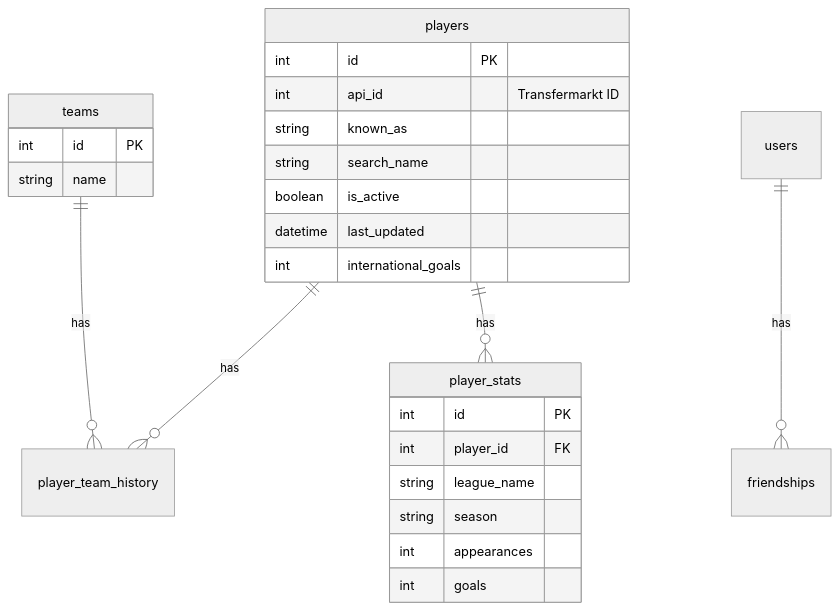
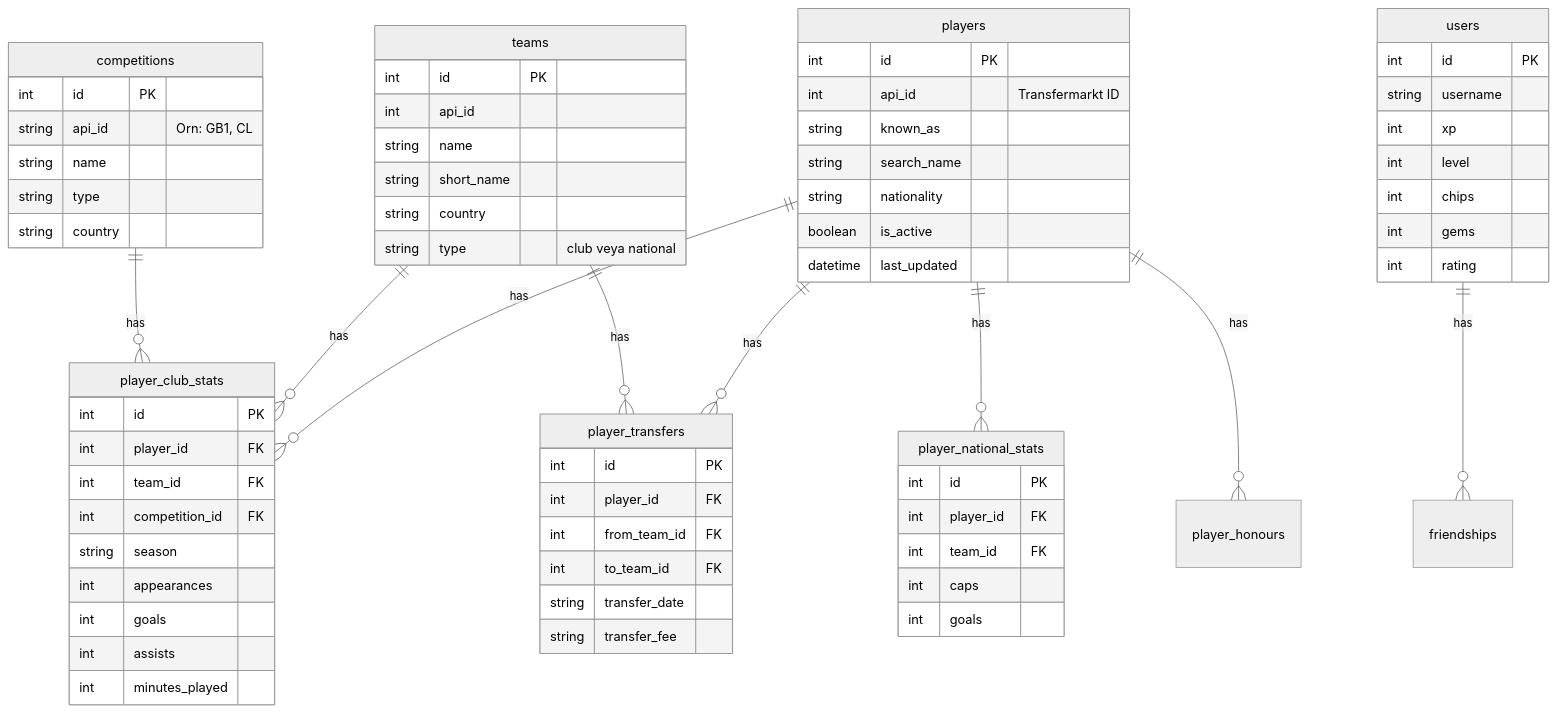
The diagram in docs/guide/database.md (mfbilgin/soccer-board), drawn with Mermaid (neutral theme) before and after one commit. The commit also changed other lines of this file and 5 other files, not shown here.

First line of the commit message:
Sync architecture/database/scraper docs with actual codebase

````diff
--- a/docs/guide/database.md
+++ b/docs/guide/database.md
@@ -7,31 +15,77 @@
 ```mermaid
 erDiagram
-    players ||--o{ player_team_history : "has"
-    players ||--o{ player_stats : "has"
-    teams ||--o{ player_team_history : "has"
+    players ||--o{ player_club_stats : "has"
+    players ||--o{ player_national_stats : "has"
+    players ||--o{ player_transfers : "has"
+    players ||--o{ player_honours : "has"
+    teams ||--o{ player_club_stats : "has"
+    teams ||--o{ player_transfers : "has"
+    competitions ||--o{ player_club_stats : "has"
     users ||--o{ friendships : "has"
 
     players {
         int id PK
         int api_id "Transfermarkt ID"
         string known_as
         string search_name
+        string nationality
         boolean is_active
         datetime last_updated
-        int international_goals
     }
 
     teams {
         int id PK
+        int api_id
         string name
+        string short_name
+        string country
+        string type "club veya national"
     }
 
-    player_stats {
+    competitions {
+        int id PK
+        string api_id "Orn: GB1, CL"
+        string name
+        string type
+        string country
+    }
+
+    player_club_stats {
         int id PK
         int player_id FK
-        string league_name
+        int team_id FK
+        int competition_id FK
         string season
         int appearances
         int goals
+        int assists
+        int minutes_played
+    }
+
+    player_national_stats {
+        int id PK
+        int player_id FK
+        int team_id FK
+        int caps
+        int goals
+    }
+
+    player_transfers {
+        int id PK
+        int player_id FK
+        int from_team_id FK
+        int to_team_id FK
+        string transfer_date
+        string transfer_fee
+    }
+
+    users {
+        int id PK
+        string username
+        int xp
+        int level
+        int chips
+        int gems
+        int rating
     }
 ```
````
